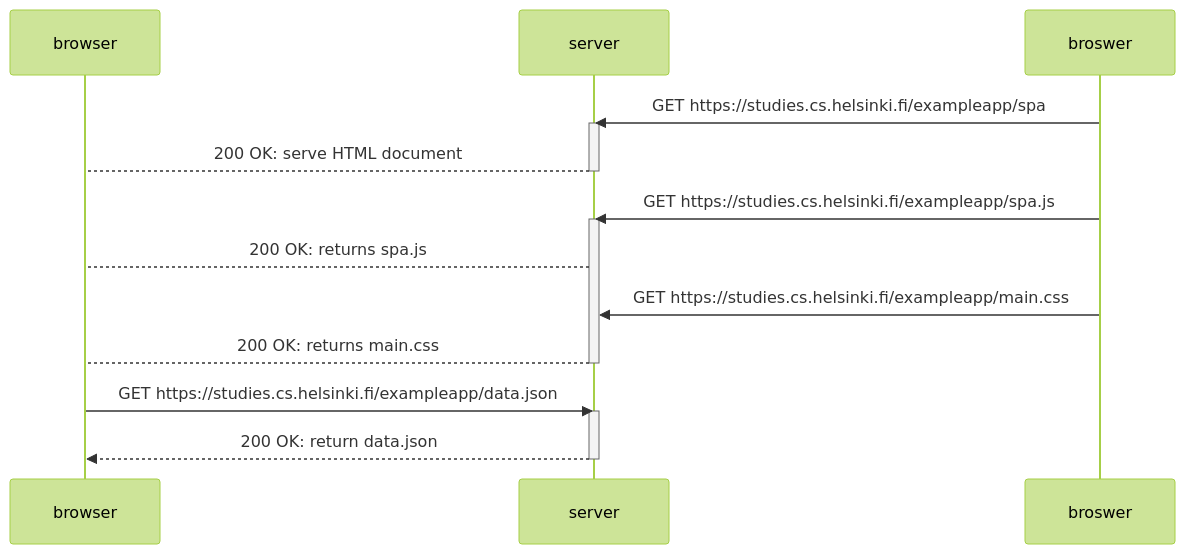
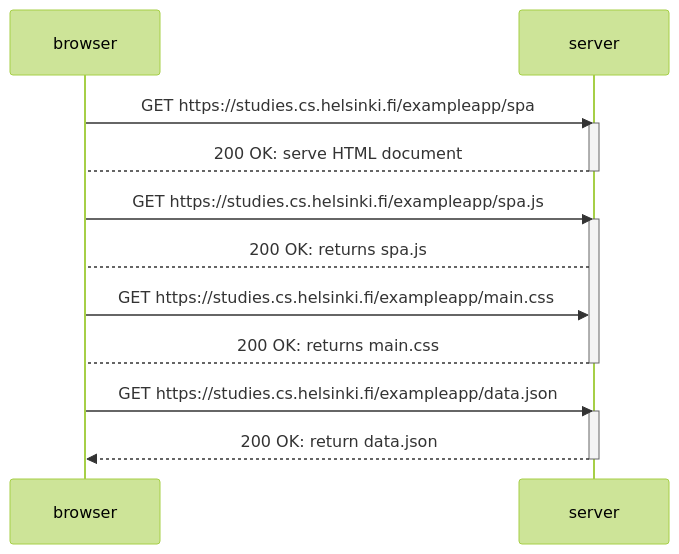
Before and after one commit to lolaler/fullstack: the diagram in part0/spa-diagram.md, drawn with Mermaid (forest theme).

````diff
--- a/part0/spa-diagram.md
+++ b/part0/spa-diagram.md
@@ -1,24 +1,23 @@
 ```mermaid
 sequenceDiagram
     participant browser
     participant server
 
-
-    broswer->>server: GET https://studies.cs.helsinki.fi/exampleapp/spa
+    browser->>server: GET https://studies.cs.helsinki.fi/exampleapp/spa
     activate server
     server-->browser: 200 OK: serve HTML document
     deactivate server
 
-    broswer->>server: GET https://studies.cs.helsinki.fi/exampleapp/spa.js
+    browser->>server: GET https://studies.cs.helsinki.fi/exampleapp/spa.js
     activate server
     server-->browser: 200 OK: returns spa.js
-    broswer->>server: GET https://studies.cs.helsinki.fi/exampleapp/main.css
+    browser->>server: GET https://studies.cs.helsinki.fi/exampleapp/main.css
     server-->browser: 200 OK: returns main.css
     deactivate server
 
     browser->>server: GET https://studies.cs.helsinki.fi/exampleapp/data.json
     activate server
     server-->>browser: 200 OK: return data.json
     deactivate server
 
 ```
````
